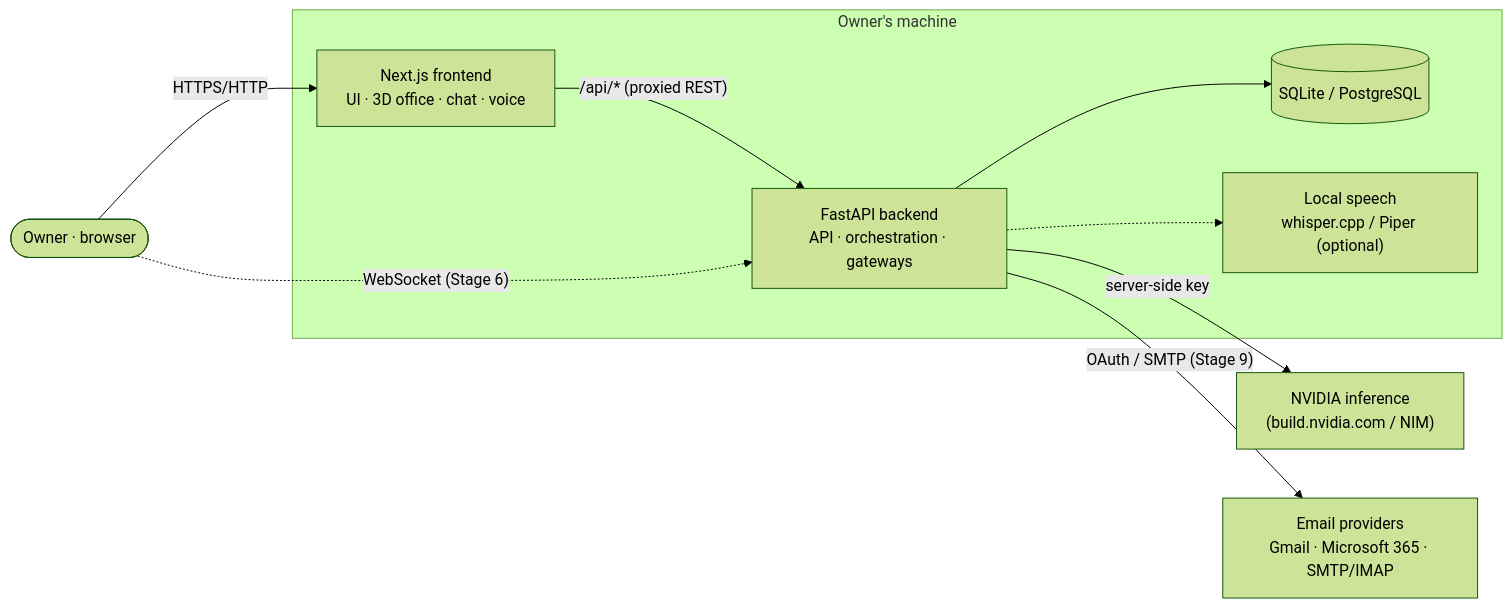
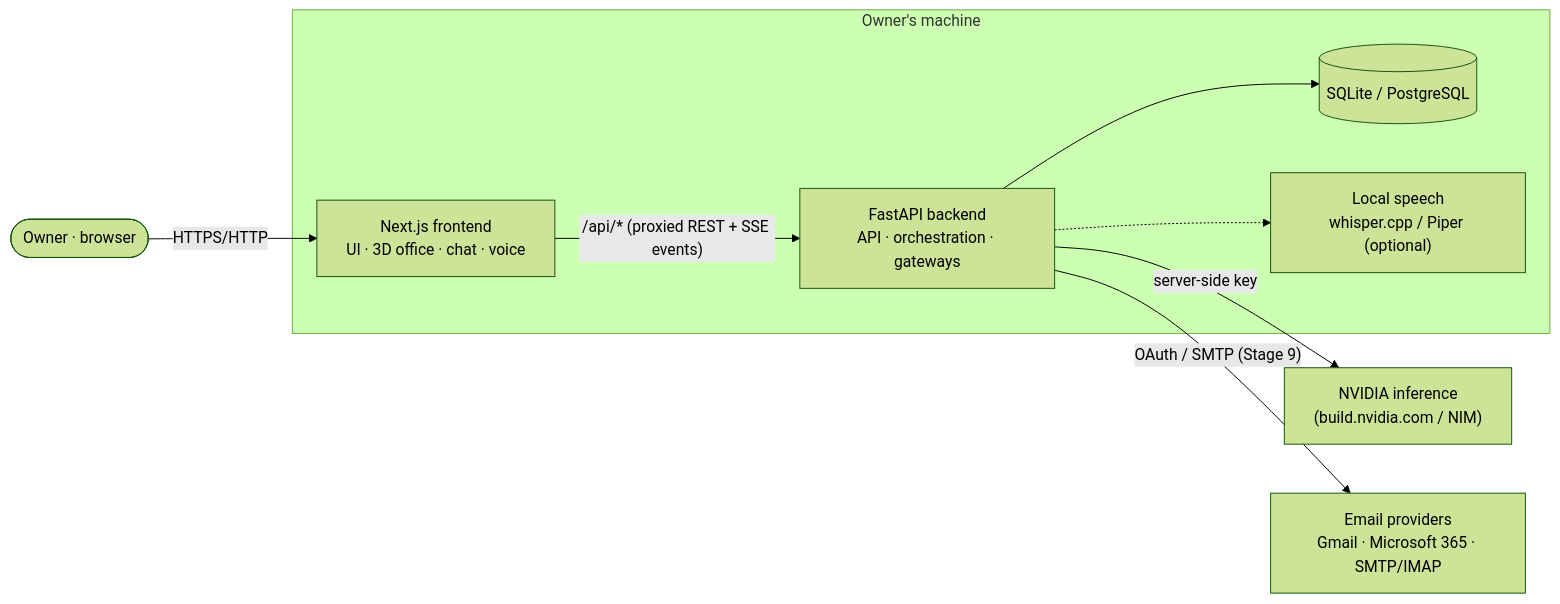
The first of 3 diagrams in docs/ARCHITECTURE.md (ahmad-el-abdallah/Nexus-Ai), drawn with Mermaid (forest theme) before and after one commit. The commit also changed other lines of this file and 57 other files, not shown here.

````diff
--- a/docs/ARCHITECTURE.md
+++ b/docs/ARCHITECTURE.md
@@ -32,20 +32,19 @@
 ```mermaid
 flowchart LR
   owner([Owner · browser])
   subgraph local["Owner's machine"]
     web["Next.js frontend<br/>UI · 3D office · chat · voice"]
     api["FastAPI backend<br/>API · orchestration · gateways"]
     db[("SQLite / PostgreSQL")]
     stt["Local speech<br/>whisper.cpp / Piper (optional)"]
   end
   nim["NVIDIA inference<br/>(build.nvidia.com / NIM)"]
   mail["Email providers<br/>Gmail · Microsoft 365 · SMTP/IMAP"]
 
   owner -->|HTTPS/HTTP| web
-  web -->|"/api/* (proxied REST)"| api
-  owner -.->|"WebSocket (Stage 6)"| api
+  web -->|"/api/* (proxied REST + SSE events)"| api
   api --> db
   api -->|"server-side key"| nim
   api -->|"OAuth / SMTP (Stage 9)"| mail
   api -.-> stt
 ```
````
